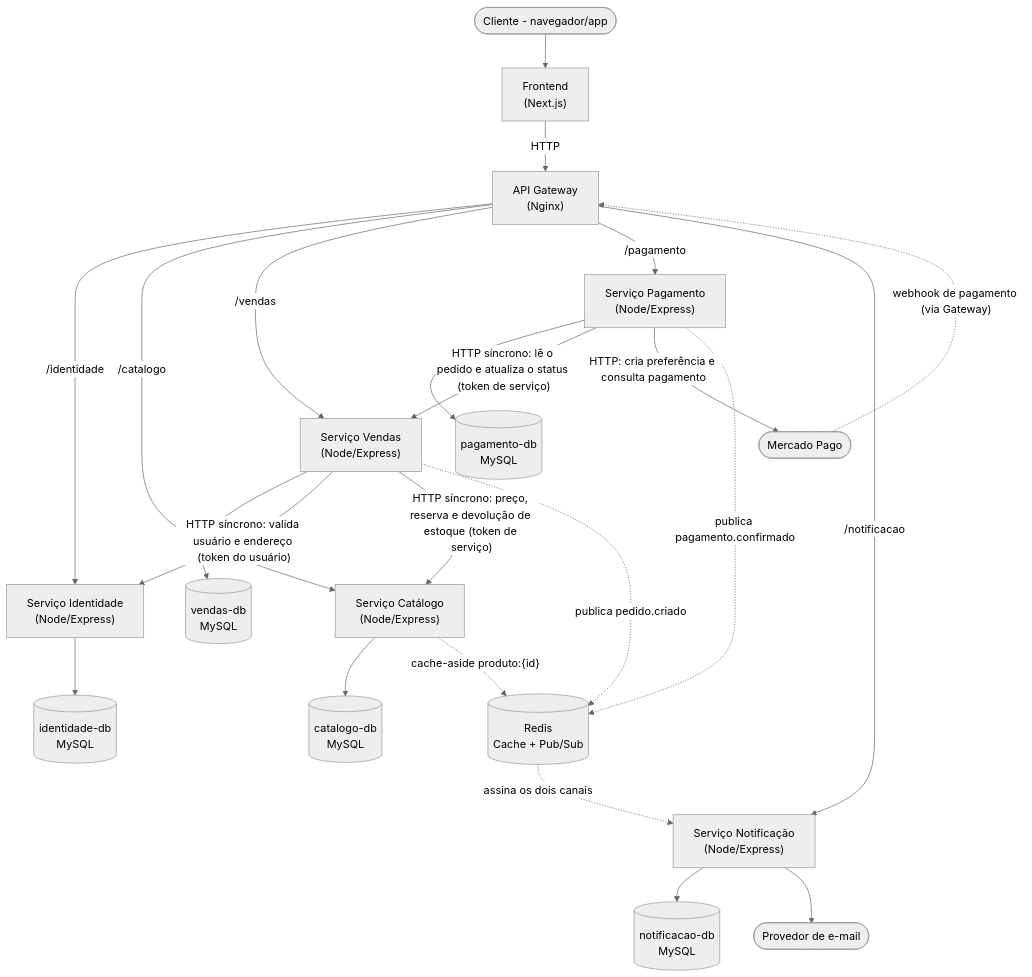
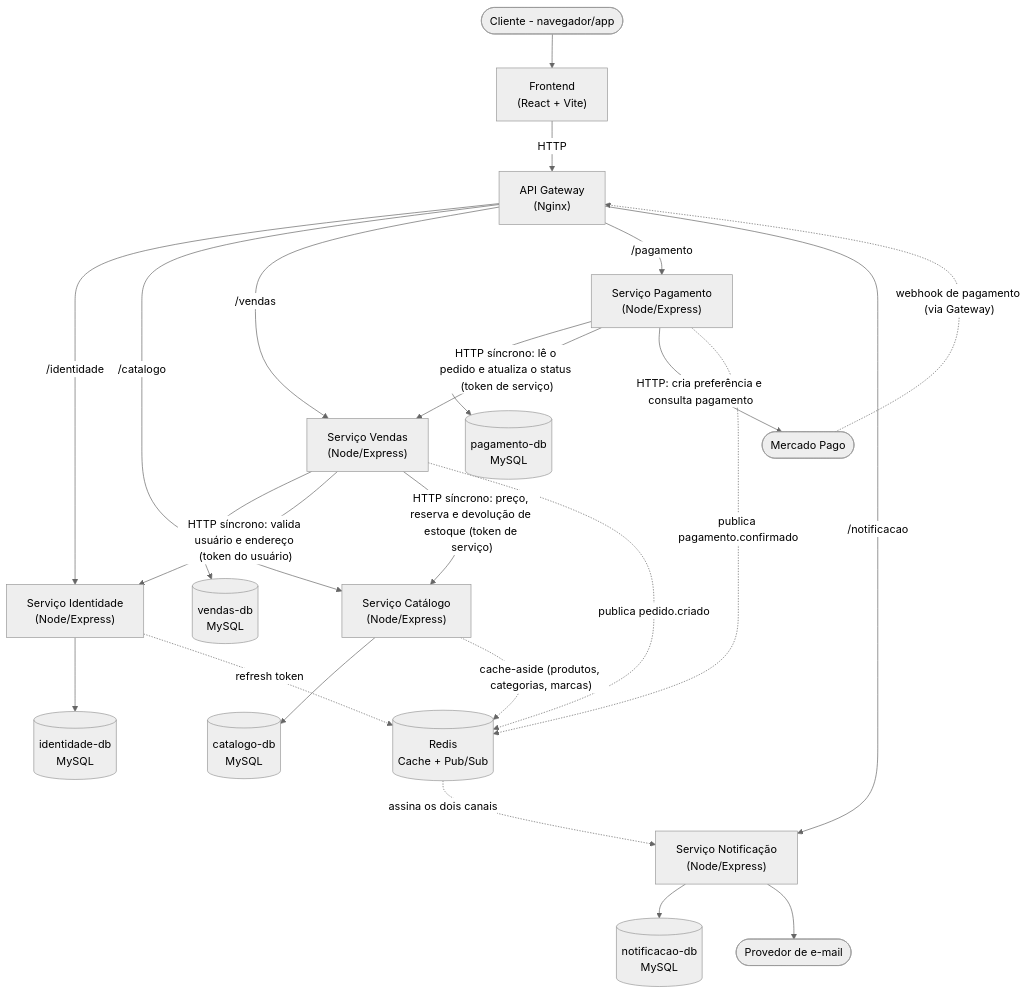
One commit to MCEcelulares/mce-celulares changed the diagram in documentacao-arquiteturial/c4-containers.md. Above: the diagram before and after it, drawn with Mermaid (neutral theme). The commit also changed other lines of this file and 60 other files, not shown here.

````diff
--- a/documentacao-arquiteturial/c4-containers.md
+++ b/documentacao-arquiteturial/c4-containers.md
@@ -5,50 +5,51 @@
 ```mermaid
 graph TD
     Cliente([Cliente - navegador/app])
-    FE["Frontend<br/>(Next.js)"]
+    FE["Frontend<br/>(React + Vite)"]
     GW["API Gateway<br/>(Nginx)"]
 
     SVC_ID["Serviço Identidade<br/>(Node/Express)"]
     SVC_CAT["Serviço Catálogo<br/>(Node/Express)"]
     SVC_VEN["Serviço Vendas<br/>(Node/Express)"]
     SVC_PAG["Serviço Pagamento<br/>(Node/Express)"]
     SVC_NOT["Serviço Notificação<br/>(Node/Express)"]
 
     DB_ID[("identidade-db<br/>MySQL")]
     DB_CAT[("catalogo-db<br/>MySQL")]
     DB_VEN[("vendas-db<br/>MySQL")]
     DB_PAG[("pagamento-db<br/>MySQL")]
     DB_NOT[("notificacao-db<br/>MySQL")]
 
     REDIS[("Redis<br/>Cache + Pub/Sub")]
     EMAIL([Provedor de e-mail])
     MP([Mercado Pago])
 
     Cliente --> FE
     FE -->|HTTP| GW
     GW -->|"/identidade"| SVC_ID
     GW -->|"/catalogo"| SVC_CAT
     GW -->|"/vendas"| SVC_VEN
     GW -->|"/pagamento"| SVC_PAG
     GW -->|"/notificacao"| SVC_NOT
 
     SVC_ID --> DB_ID
     SVC_CAT --> DB_CAT
     SVC_VEN --> DB_VEN
     SVC_PAG --> DB_PAG
     SVC_NOT --> DB_NOT
 
     SVC_VEN -->|"HTTP síncrono: valida usuário e endereço (token do usuário)"| SVC_ID
     SVC_VEN -->|"HTTP síncrono: preço, reserva e devolução de estoque (token de serviço)"| SVC_CAT
     SVC_PAG -->|"HTTP síncrono: lê o pedido e atualiza o status (token de serviço)"| SVC_VEN
     SVC_PAG -->|"HTTP: cria preferência e consulta pagamento"| MP
     MP -.->|"webhook de pagamento (via Gateway)"| GW
 
-    SVC_CAT -.->|"cache-aside produto:{id}"| REDIS
+    SVC_CAT -.->|"cache-aside (produtos, categorias, marcas)"| REDIS
+    SVC_ID -.->|"refresh token"| REDIS
 
     SVC_VEN -.->|"publica pedido.criado"| REDIS
     SVC_PAG -.->|"publica pagamento.confirmado"| REDIS
     REDIS -.->|"assina os dois canais"| SVC_NOT
 
     SVC_NOT --> EMAIL
 ```
````
